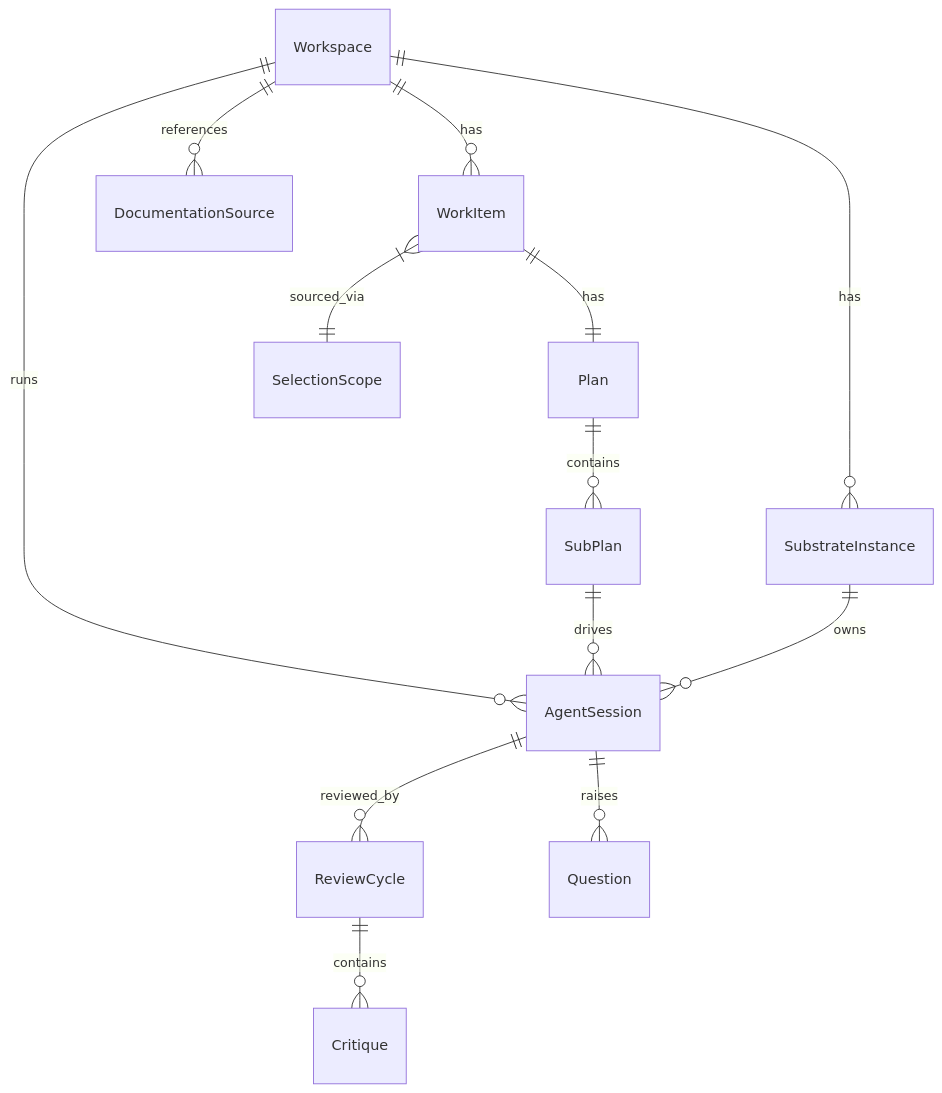
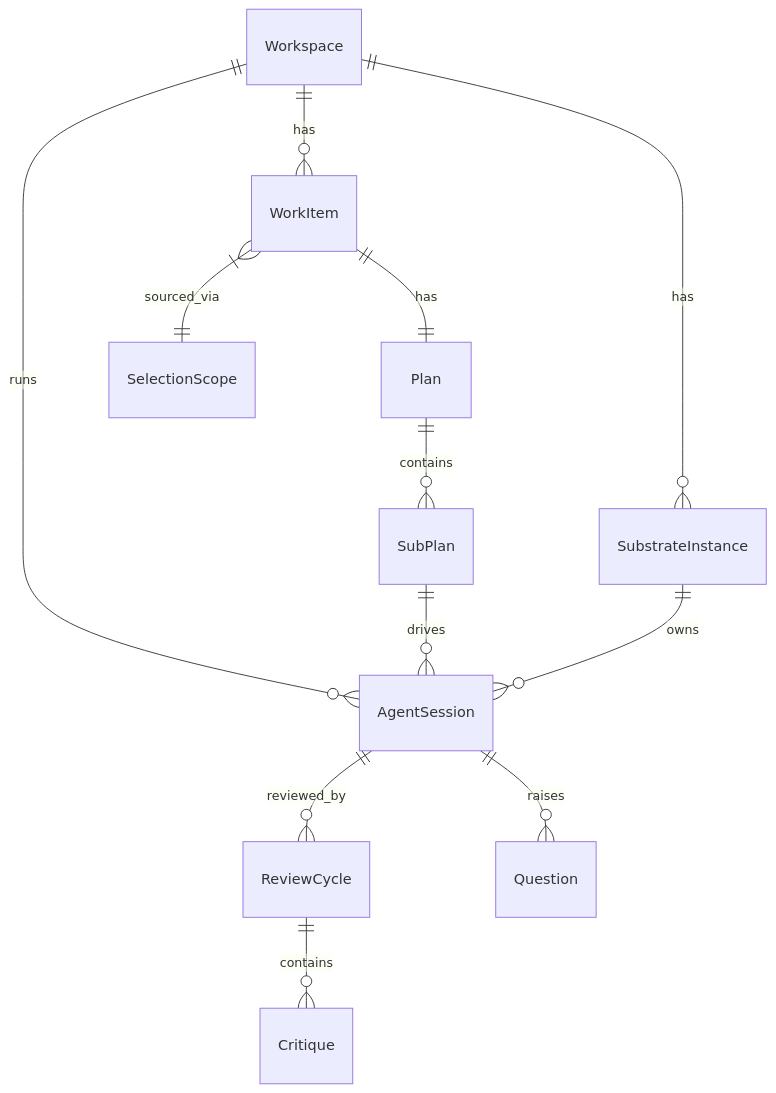
Before and after one commit to beeemT/substrate: the third of 3 diagrams in docs/01-domain-model.md, drawn with Mermaid. The commit also changed other lines of this file and 20 other files, not shown here.

````diff
--- a/docs/01-domain-model.md
+++ b/docs/01-domain-model.md
@@ -462,15 +440,14 @@
 ```mermaid
 erDiagram
     Workspace ||--o{ WorkItem : has
     WorkItem ||--|| Plan : has
     WorkItem }|--|| SelectionScope : sourced_via
     Plan ||--o{ SubPlan : contains
     Workspace ||--o{ AgentSession : runs
 	SubPlan ||--o{ AgentSession : drives
     AgentSession ||--o{ ReviewCycle : reviewed_by
     ReviewCycle ||--o{ Critique : contains
     AgentSession ||--o{ Question : raises
-    Workspace ||--o{ DocumentationSource : references
     Workspace ||--o{ SubstrateInstance : has
     SubstrateInstance ||--o{ AgentSession : owns
 ```
````
